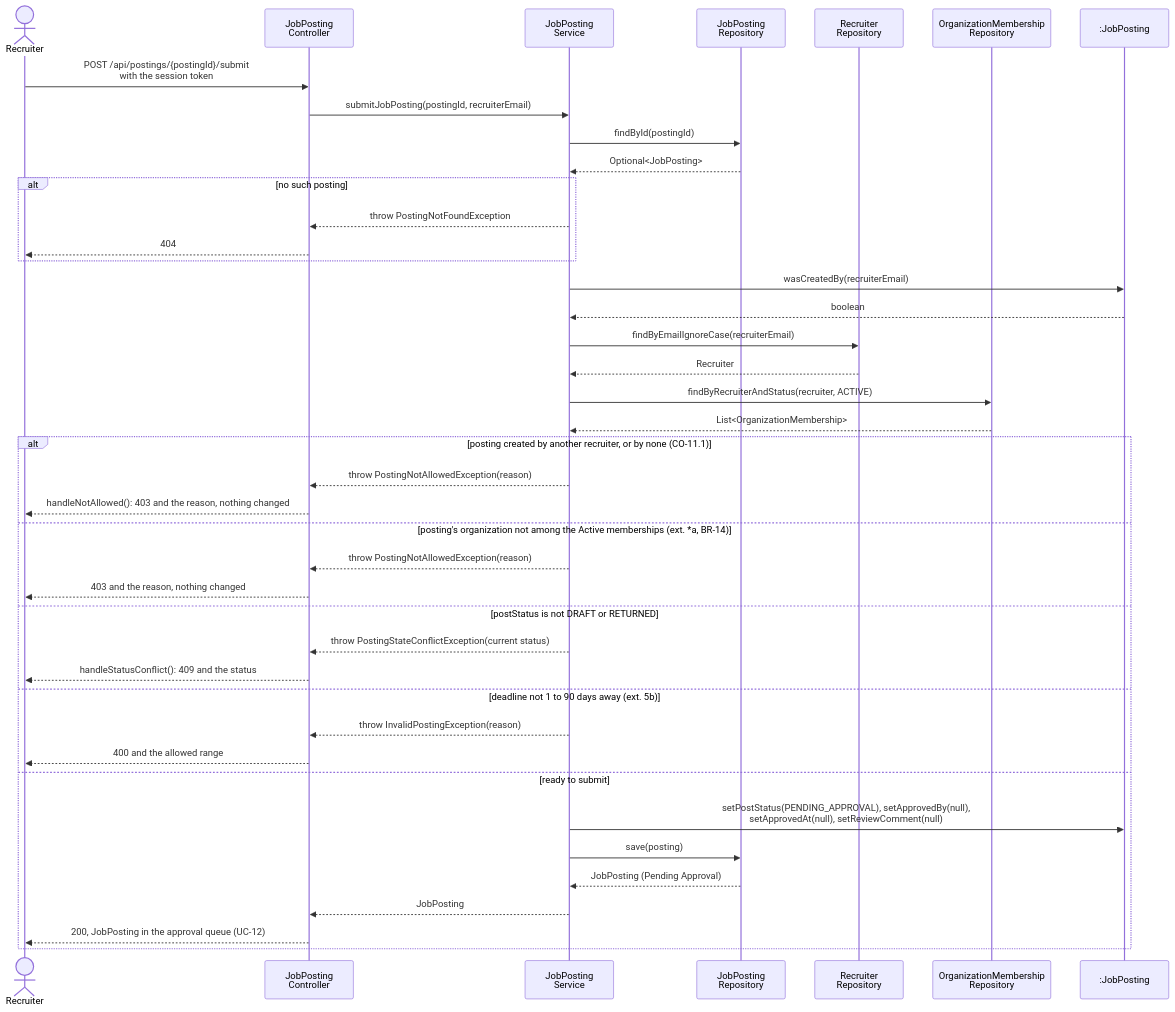
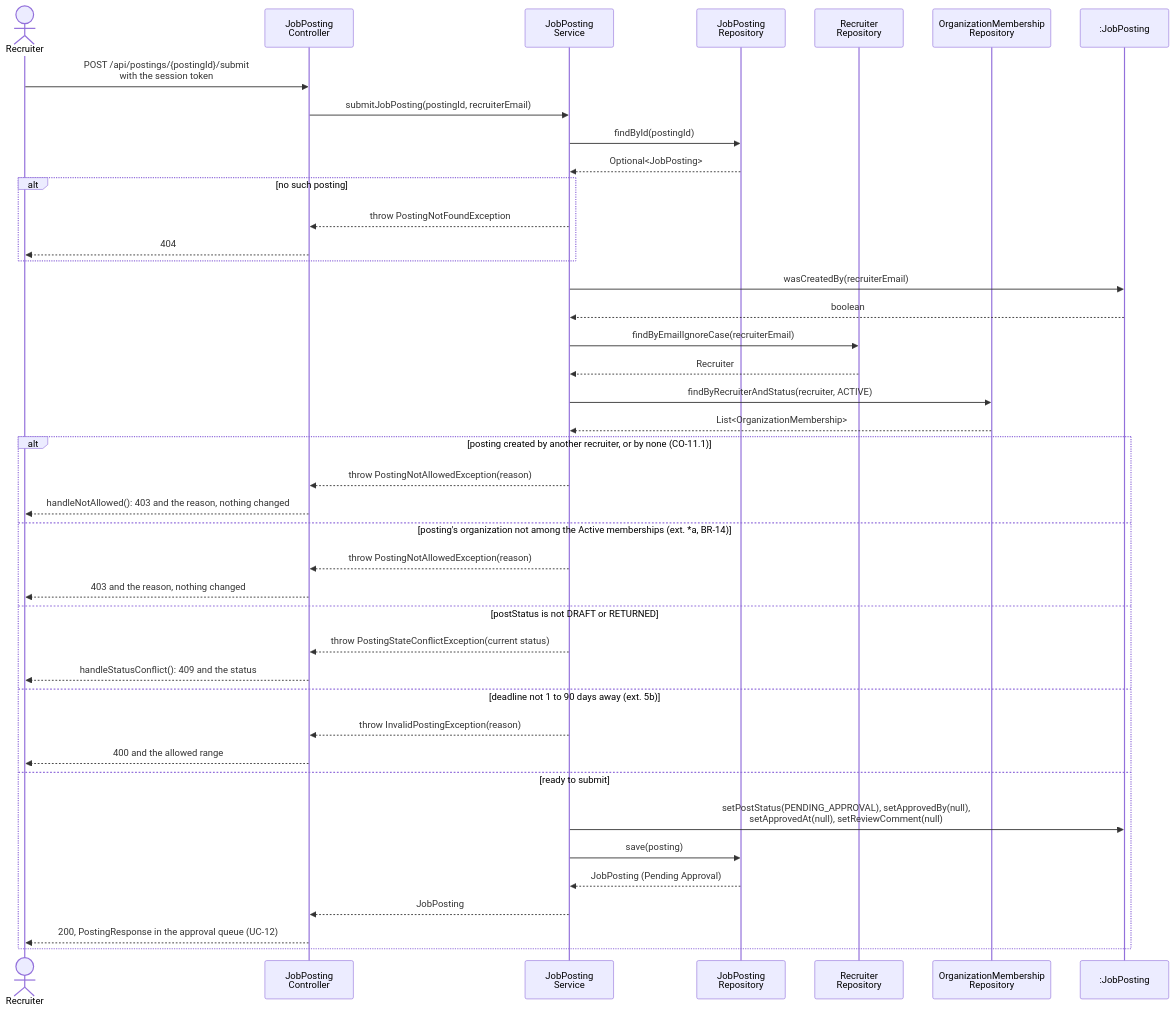
Diagram 11 of 17 in spec/design.md (berdyshevol/careerbridge-csi5324), drawn with Mermaid before and after one commit. The commit also changed other lines of this file and 5 other files, not shown here.

First line of the commit message:
SCRUM-262 Recruiter and administrator posting answers go through PostingResponse

````diff
--- a/spec/design.md
+++ b/spec/design.md
@@ -557,44 +557,44 @@
 ```mermaid
 sequenceDiagram
     actor R as Recruiter
     participant JC as JobPosting<br/>Controller
     participant JS as JobPosting<br/>Service
     participant JR as JobPosting<br/>Repository
     participant RR as Recruiter<br/>Repository
     participant MR as OrganizationMembership<br/>Repository
     participant P as :JobPosting
 
     R->>JC: POST /api/postings/{postingId}/submit<br/>with the session token
     JC->>JS: submitJobPosting(postingId, recruiterEmail)
     JS->>JR: findById(postingId)
     JR-->>JS: Optional<JobPosting>
     alt no such posting
         JS-->>JC: throw PostingNotFoundException
         JC-->>R: 404
     end
     JS->>P: wasCreatedBy(recruiterEmail)
     P-->>JS: boolean
     JS->>RR: findByEmailIgnoreCase(recruiterEmail)
     RR-->>JS: Recruiter
     JS->>MR: findByRecruiterAndStatus(recruiter, ACTIVE)
     MR-->>JS: List<OrganizationMembership>
     alt posting created by another recruiter, or by none (CO-11.1)
         JS-->>JC: throw PostingNotAllowedException(reason)
         JC-->>R: handleNotAllowed(): 403 and the reason, nothing changed
     else posting's organization not among the Active memberships (ext. *a, BR-14)
         JS-->>JC: throw PostingNotAllowedException(reason)
         JC-->>R: 403 and the reason, nothing changed
     else postStatus is not DRAFT or RETURNED
         JS-->>JC: throw PostingStateConflictException(current status)
         JC-->>R: handleStatusConflict(): 409 and the status
     else deadline not 1 to 90 days away (ext. 5b)
         JS-->>JC: throw InvalidPostingException(reason)
         JC-->>R: 400 and the allowed range
     else ready to submit
         JS->>P: setPostStatus(PENDING_APPROVAL), setApprovedBy(null),<br/>setApprovedAt(null), setReviewComment(null)
         JS->>JR: save(posting)
         JR-->>JS: JobPosting (Pending Approval)
         JS-->>JC: JobPosting
-        JC-->>R: 200, JobPosting in the approval queue (UC-12)
+        JC-->>R: 200, PostingResponse in the approval queue (UC-12)
     end
 ```
````
